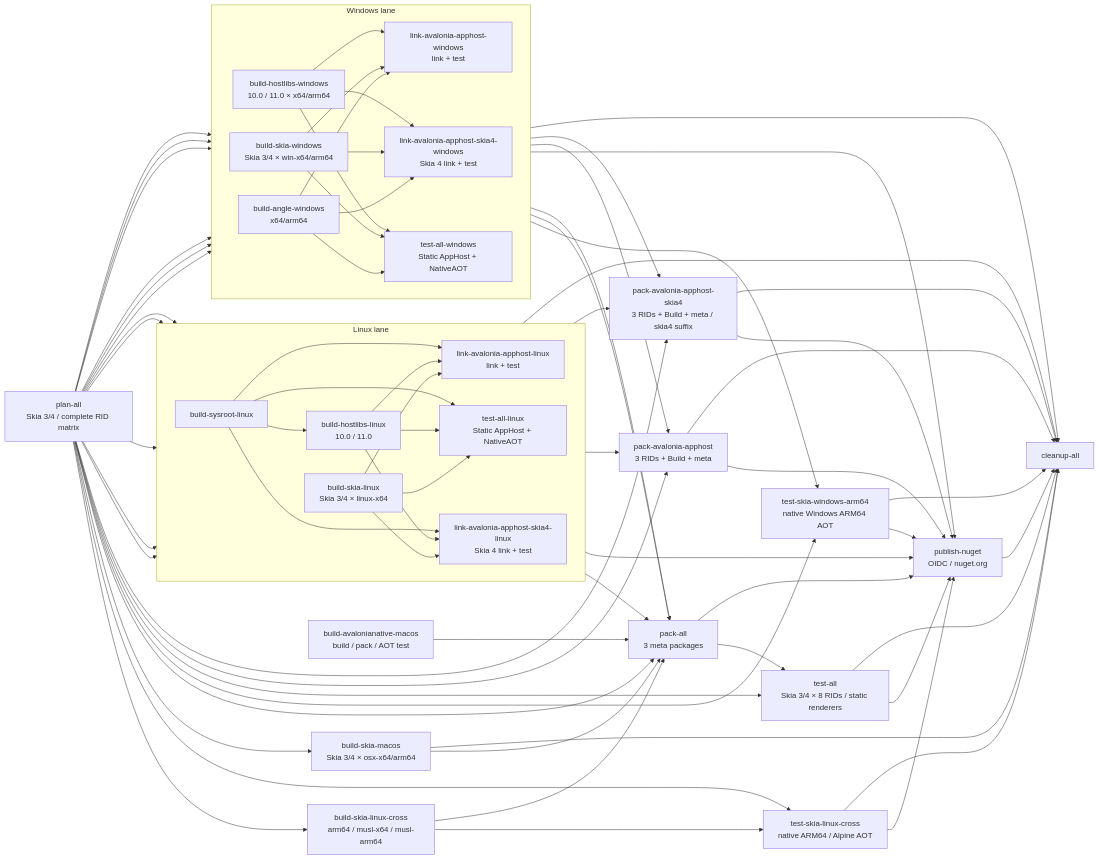
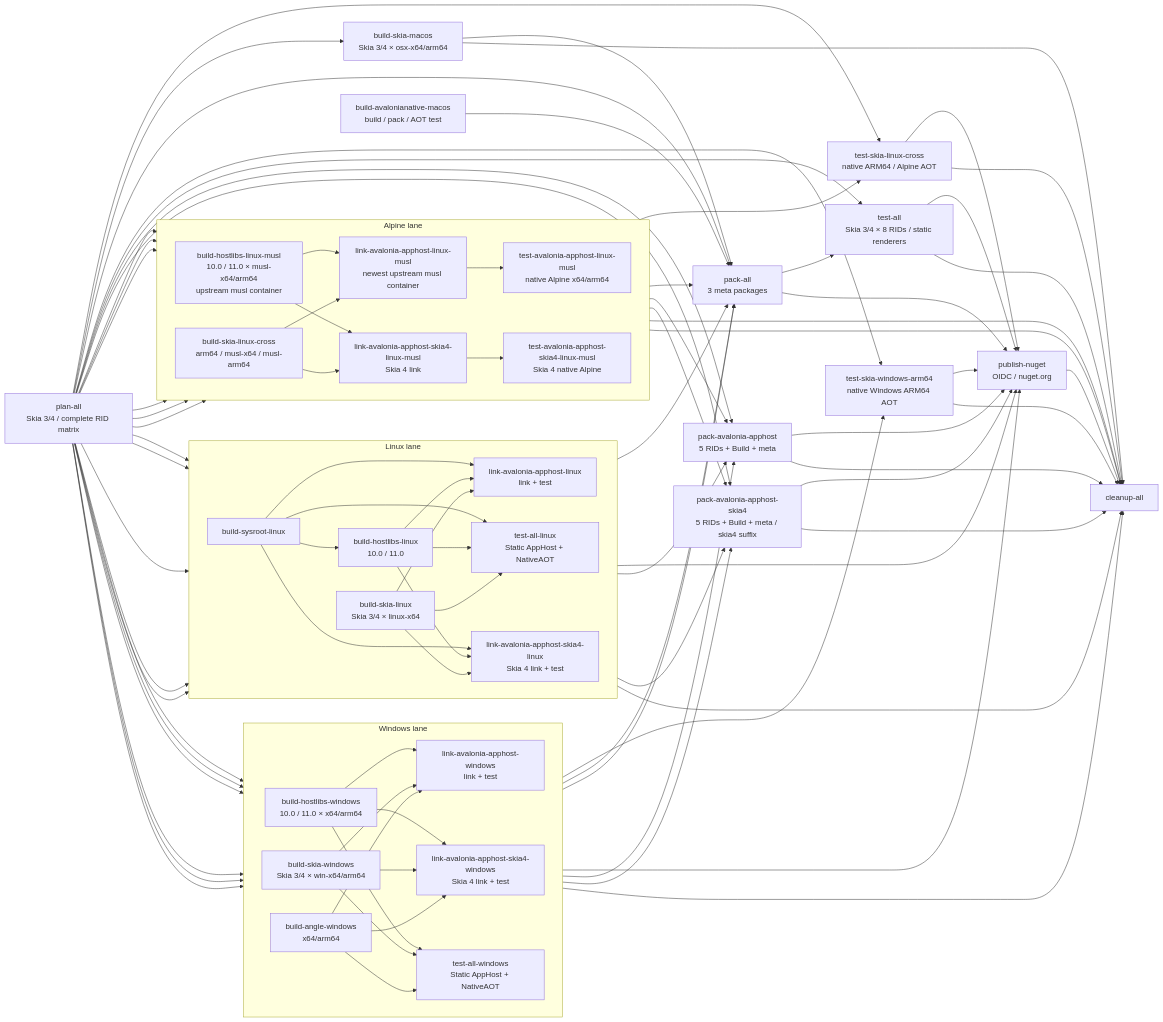
The diagram in DEVELOPMENT.md (chsbuffer/HostForge), drawn with Mermaid before and after one commit. The commit also changed other lines of this file and 2 other files, not shown here.

Commit message:
docs: document the Alpine AppHost packages, builds and CI jobs

```diff
--- a/DEVELOPMENT.md
+++ b/DEVELOPMENT.md
@@ -308,6 +317,11 @@
     NP --> LM
     NP --> WH
     NP --> LH
+    NP --> MH
+    NP --> MLA
+    NP --> MLA4
+    NP --> MTA
+    NP --> MTA4
     subgraph W["Windows lane"]
         direction LR
         WH["build-hostlibs-windows<br/>10.0 / 11.0 × x64/arm64"]
@@ -347,8 +361,24 @@
         NL --> LM
     end
 
-    PA["pack-avalonia-apphost<br/>3 RIDs + Build + meta"]
-    PA4["pack-avalonia-apphost-skia4<br/>3 RIDs + Build + meta / skia4 suffix"]
+    subgraph M["Alpine lane"]
+        direction LR
+        MH["build-hostlibs-linux-musl<br/>10.0 / 11.0 × musl-x64/arm64<br/>upstream musl container"]
+        MLA["link-avalonia-apphost-linux-musl<br/>newest upstream musl container"]
+        MLA4["link-avalonia-apphost-skia4-linux-musl<br/>Skia 4 link"]
+        MTA["test-avalonia-apphost-linux-musl<br/>native Alpine x64/arm64"]
+        MTA4["test-avalonia-apphost-skia4-linux-musl<br/>Skia 4 native Alpine"]
+
+        MH --> MLA
+        NLC --> MLA
+        MH --> MLA4
+        NLC --> MLA4
+        MLA --> MTA
+        MLA4 --> MTA4
+    end
+
+    PA["pack-avalonia-apphost<br/>5 RIDs + Build + meta"]
+    PA4["pack-avalonia-apphost-skia4<br/>5 RIDs + Build + meta / skia4 suffix"]
     PUB["publish-nuget<br/>OIDC / nuget.org"]
     NMP --> PUB
     NLCT --> PUB
@@ -364,8 +394,12 @@
 
     WLA --> PA
     LLA --> PA
+    MTA --> PA
     WLA4 --> PA4
     LLA4 --> PA4
+    MTA4 --> PA4
+    MTA --> CLEAN
+    MTA4 --> CLEAN
     PA4 --> CLEAN
     WM --> CLEAN
     LM --> CLEAN
```
